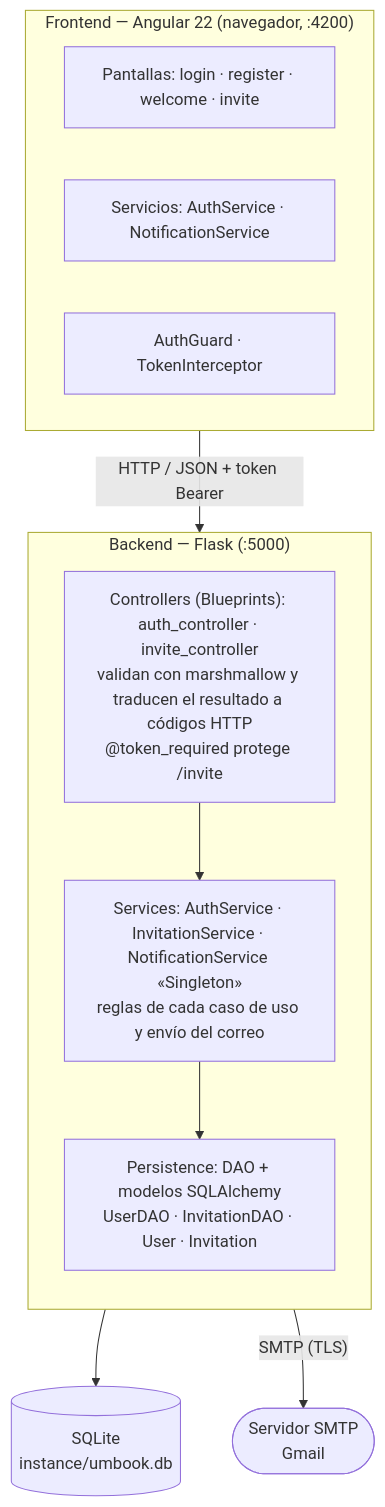
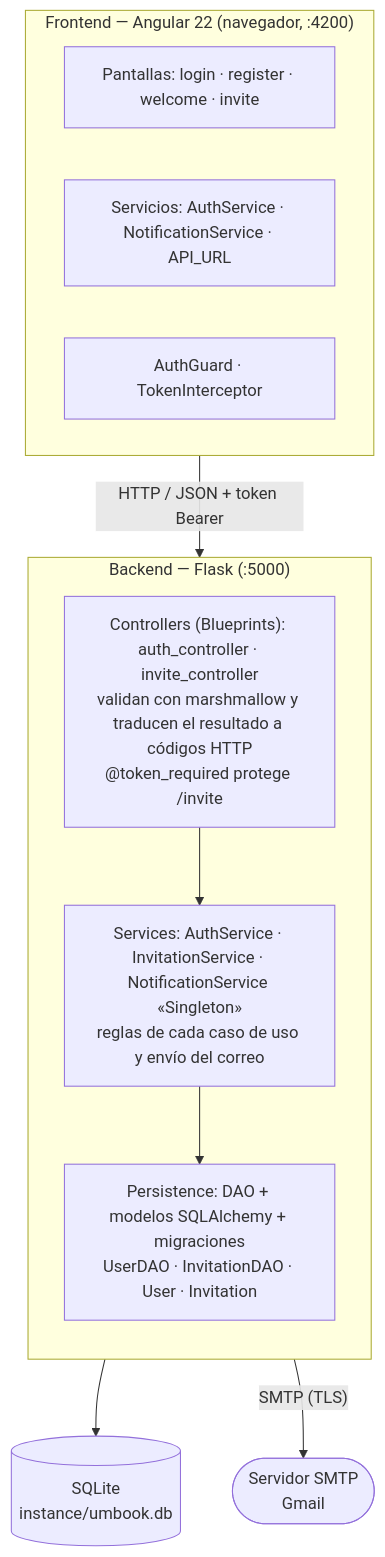
One commit to ELCOMANDANTE18/final-ing changed the diagram in docs/DISEÑO_UMBook.md. Above: the diagram before and after it, drawn with Mermaid. The commit also changed other lines of this file and 22 other files, not shown here.

````diff
--- a/docs/DISEÑO_UMBook.md
+++ b/docs/DISEÑO_UMBook.md
@@ -16,24 +16,24 @@
 ```mermaid
 flowchart TB
     subgraph FE["Frontend — Angular 22 (navegador, :4200)"]
         direction LR
         F1["Pantallas: login · register · welcome · invite"]
-        F2["Servicios: AuthService · NotificationService"]
+        F2["Servicios: AuthService · NotificationService · API_URL"]
         F3["AuthGuard · TokenInterceptor"]
     end
 
     subgraph BE["Backend — Flask (:5000)"]
         direction TB
         C["Controllers (Blueprints): auth_controller · invite_controller<br/>validan con marshmallow y traducen el resultado a códigos HTTP<br/>@token_required protege /invite"]
         S["Services: AuthService · InvitationService · NotificationService «Singleton»<br/>reglas de cada caso de uso y envío del correo"]
-        P["Persistence: DAO + modelos SQLAlchemy<br/>UserDAO · InvitationDAO · User · Invitation"]
+        P["Persistence: DAO + modelos SQLAlchemy + migraciones<br/>UserDAO · InvitationDAO · User · Invitation"]
         C --> S --> P
     end
 
     DB[("SQLite<br/>instance/umbook.db")]
     SMTP(["Servidor SMTP<br/>Gmail"])
 
     FE -- "HTTP / JSON + token Bearer" --> C
     P --> DB
     S -- "SMTP (TLS)" --> SMTP
 ```
````
